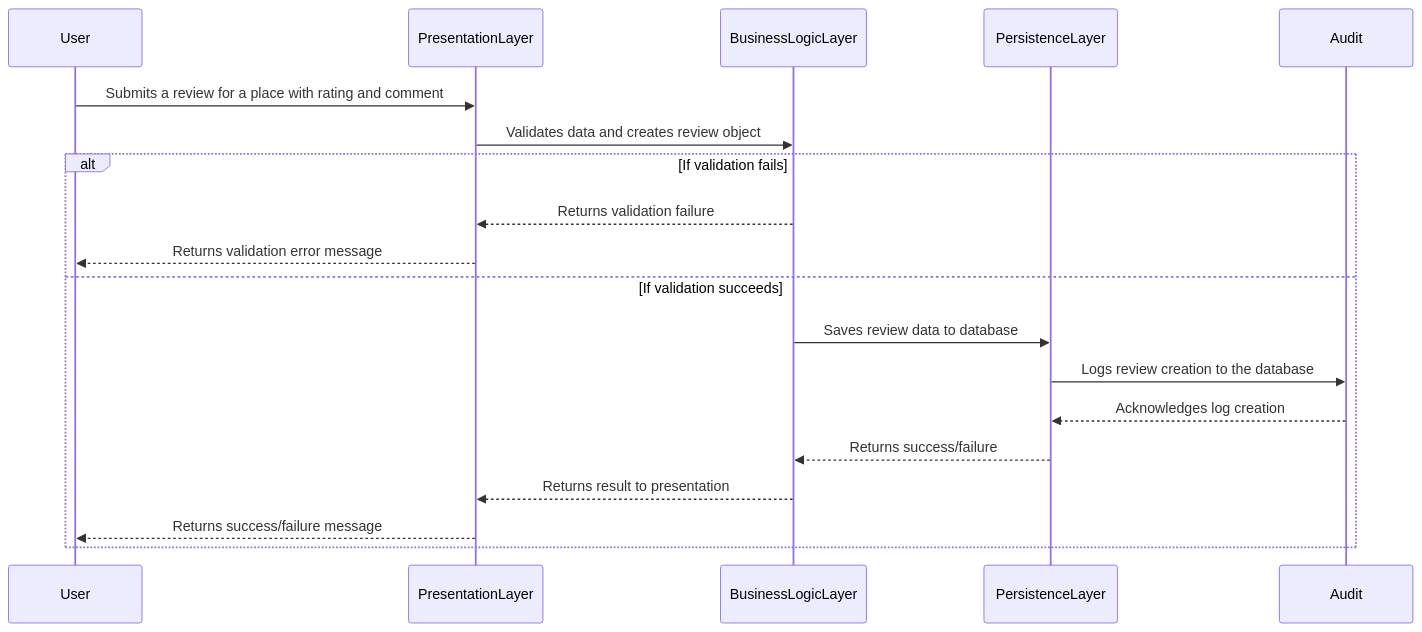
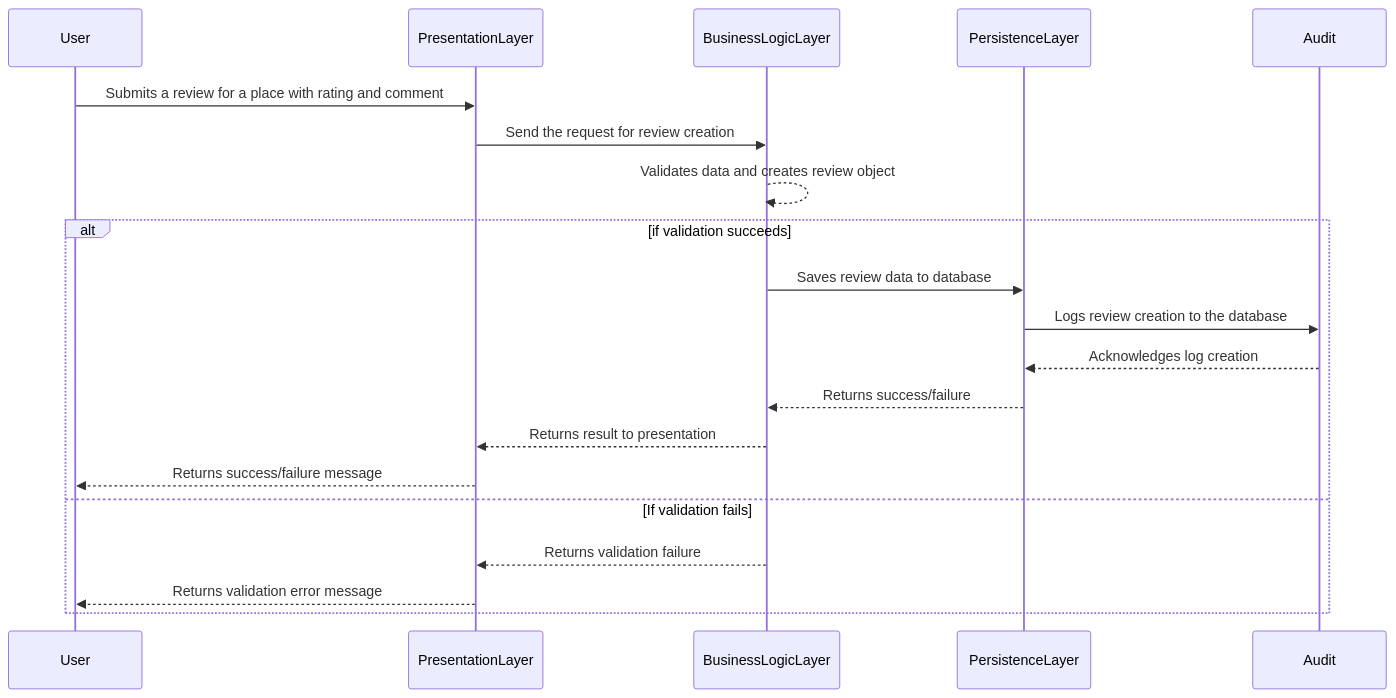
One commit to Maniok19/holbertonschool-hbnb changed the diagram in SequenceDiagramReviewSubmission.mmd. Above: the diagram before and after it, drawn with Mermaid.

Commit message:
Update sequence diagram for review submission to improve validation handling and logging for success and failure scenarios

```diff
--- a/SequenceDiagramReviewSubmission.mmd
+++ b/SequenceDiagramReviewSubmission.mmd
@@ -1,20 +1,21 @@
 sequenceDiagram
   participant User
   participant PresentationLayer
   participant BusinessLogicLayer
   participant PersistenceLayer
   participant Audit
 
   User->>PresentationLayer: Submits a review for a place with rating and comment
-  PresentationLayer->>BusinessLogicLayer: Validates data and creates review object
-  alt If validation fails
-    BusinessLogicLayer-->>PresentationLayer: Returns validation failure
-    PresentationLayer-->>User: Returns validation error message
-  else If validation succeeds
+  PresentationLayer->>BusinessLogicLayer: Send the request for review creation
+  BusinessLogicLayer-->>BusinessLogicLayer: Validates data and creates review object
+   alt if validation succeeds
     BusinessLogicLayer->>PersistenceLayer: Saves review data to database
     PersistenceLayer->>Audit: Logs review creation to the database
     Audit-->>PersistenceLayer: Acknowledges log creation
     PersistenceLayer-->>BusinessLogicLayer: Returns success/failure
     BusinessLogicLayer-->>PresentationLayer: Returns result to presentation
     PresentationLayer-->>User: Returns success/failure message
+    else If validation fails
+    BusinessLogicLayer-->>PresentationLayer: Returns validation failure
+    PresentationLayer-->>User: Returns validation error message
   end
```
